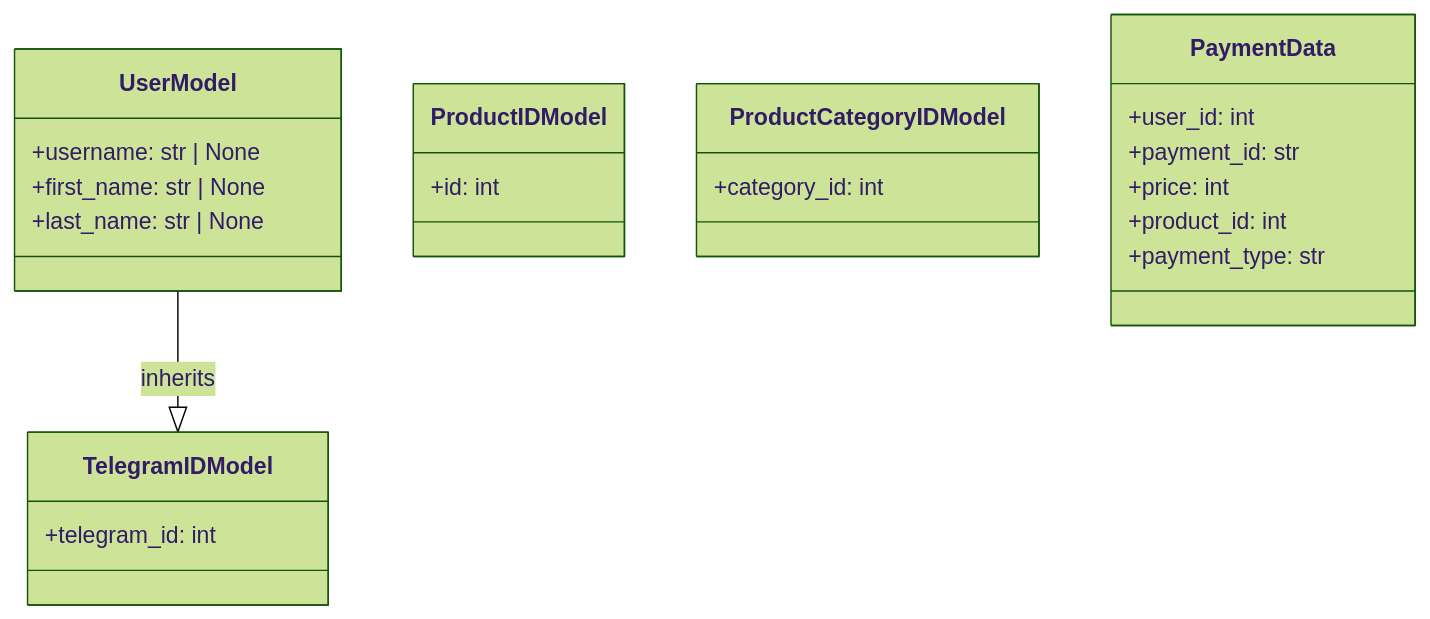
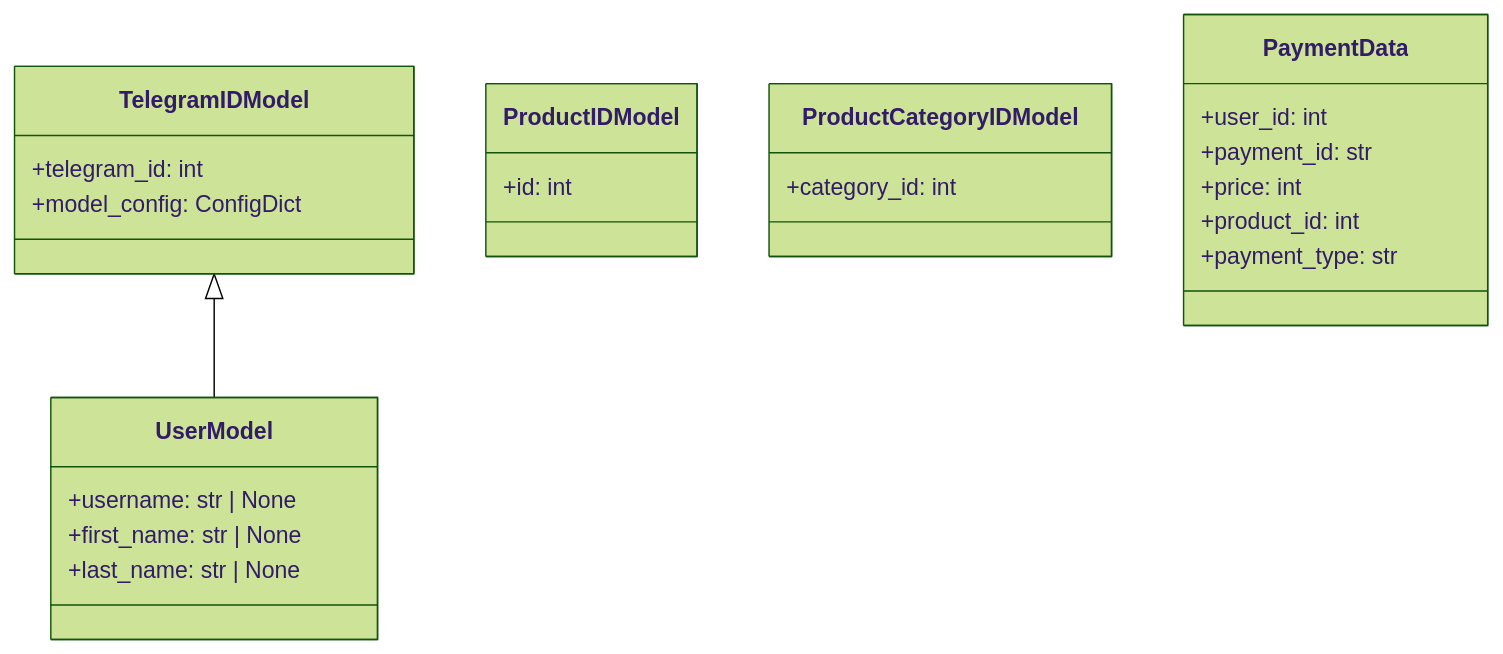
Before and after one commit to hypo69/hypo: the second of 2 diagrams in docs/gemini/ru/explainer/src/endpoints/bots/telegram/digital_market/bot/user/schemas.py.md, drawn with Mermaid (forest theme). The commit also changed other lines of this file and 1505 other files, not shown here.

````diff
--- a/docs/gemini/ru/explainer/src/endpoints/bots/telegram/digital_market/bot/user/schemas.py.md
+++ b/docs/gemini/ru/explainer/src/endpoints/bots/telegram/digital_market/bot/user/schemas.py.md
@@ -47,27 +42,26 @@
 ```mermaid
 classDiagram
     class TelegramIDModel {
         +telegram_id: int
+        +model_config: ConfigDict
     }
     class UserModel {
         +username: str | None
         +first_name: str | None
         +last_name: str | None
     }
     class ProductIDModel {
         +id: int
     }
     class ProductCategoryIDModel {
-        +category_id: int
+       +category_id: int
     }
-    class PaymentData {
+     class PaymentData {
         +user_id: int
         +payment_id: str
         +price: int
         +product_id: int
         +payment_type: str
     }
-    
-    UserModel --|> TelegramIDModel : inherits
-
+    TelegramIDModel <|-- UserModel
 ```
````
